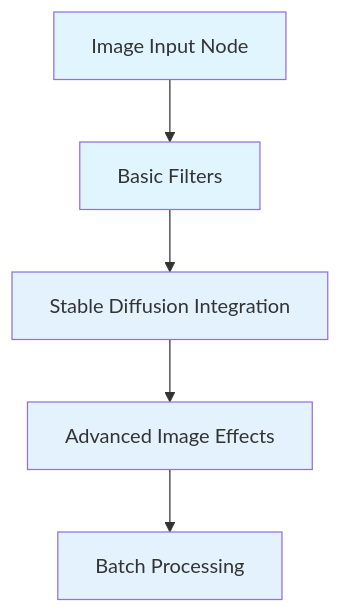
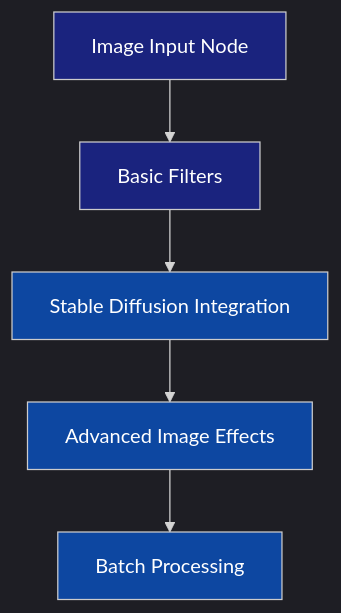
The second of 7 diagrams in instructions/task-visualization.md (subtillioN/imagN), drawn with Mermaid before and after one commit. The commit also changed other lines of this file and 43 other files, not shown here.

````diff
--- a/instructions/task-visualization.md
+++ b/instructions/task-visualization.md
@@ -9,13 +47,14 @@
 ```mermaid
+%%{init: {'theme':'dark'}}%%
 graph TD
     A[Image Input Node] --> B[Basic Filters]
     B --> C[Stable Diffusion Integration]
     C --> D[Advanced Image Effects]
     D --> E[Batch Processing]
     
-    style A fill:#e1f5fe
-    style B fill:#e1f5fe
-    style C fill:#e3f2fd
-    style D fill:#e3f2fd
-    style E fill:#e3f2fd
+    style A fill:#1a237e,color:#ffffff
+    style B fill:#1a237e,color:#ffffff
+    style C fill:#0d47a1,color:#ffffff
+    style D fill:#0d47a1,color:#ffffff
+    style E fill:#0d47a1,color:#ffffff
 ```
````
